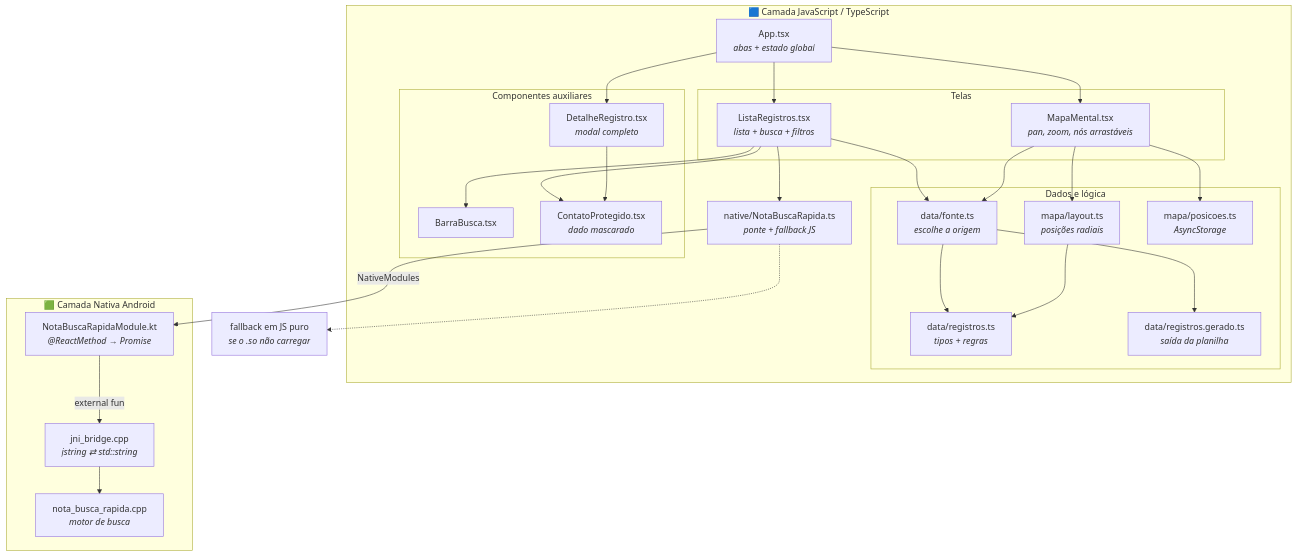
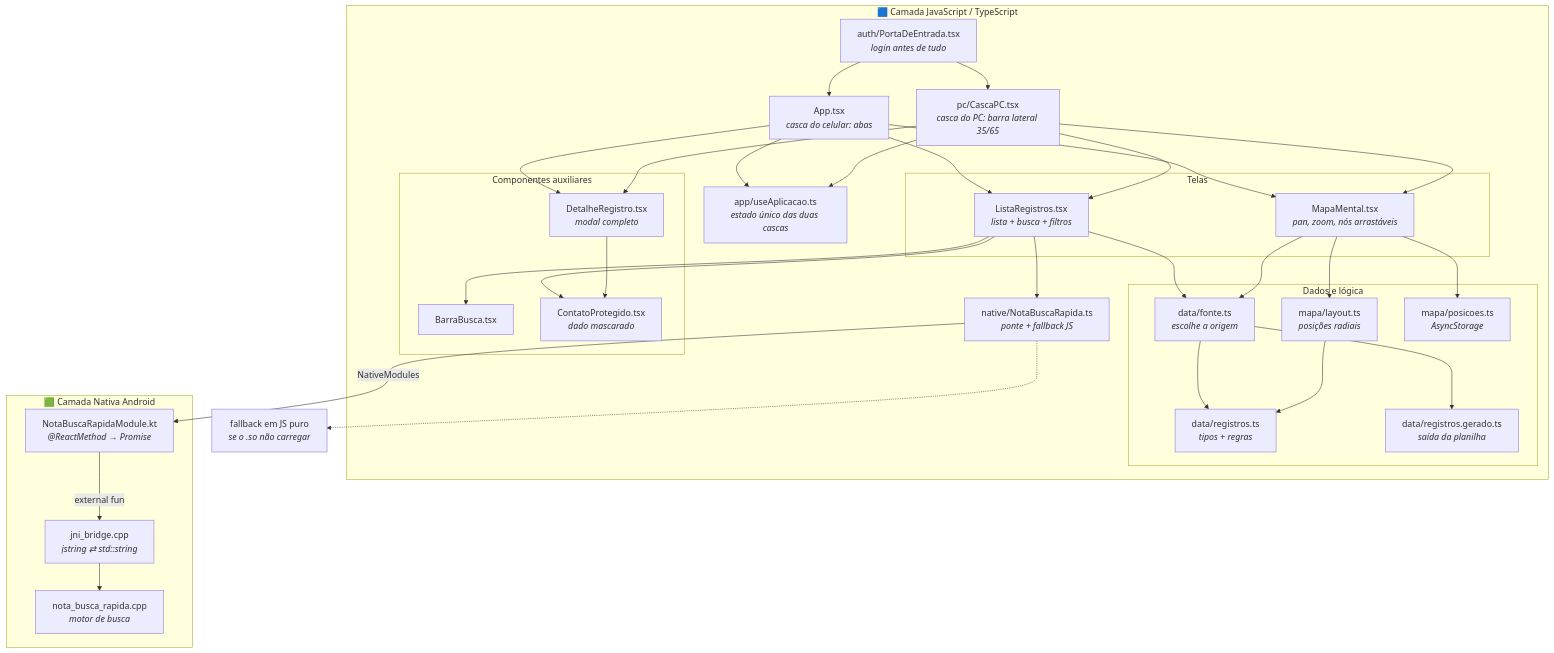
The first of 3 diagrams in README.md (DevFLeo/NotaDASI), drawn with Mermaid before and after one commit. The commit also changed other lines of this file and 49 other files, not shown here.

````diff
--- a/README.md
+++ b/README.md
@@ -15,47 +57,53 @@
 ```mermaid
 flowchart TD
     subgraph JS["🟦 Camada JavaScript / TypeScript"]
-        App["App.tsx<br/><i>abas + estado global</i>"]
+        Porta["auth/PortaDeEntrada.tsx<br/><i>login antes de tudo</i>"]
+        Estado["app/useAplicacao.ts<br/><i>estado único das duas cascas</i>"]
+        App["App.tsx<br/><i>casca do celular: abas</i>"]
+        Casca["pc/CascaPC.tsx<br/><i>casca do PC: barra lateral 35/65</i>"]
 
         subgraph Telas["Telas"]
             Lista["ListaRegistros.tsx<br/><i>lista + busca + filtros</i>"]
             Mapa["MapaMental.tsx<br/><i>pan, zoom, nós arrastáveis</i>"]
         end
 
         subgraph Aux["Componentes auxiliares"]
             Barra["BarraBusca.tsx"]
             Detalhe["DetalheRegistro.tsx<br/><i>modal completo</i>"]
             Contato["ContatoProtegido.tsx<br/><i>dado mascarado</i>"]
         end
 
         subgraph Dados["Dados e lógica"]
             Registros["data/registros.ts<br/><i>tipos + regras</i>"]
             Fonte["data/fonte.ts<br/><i>escolhe a origem</i>"]
             Gerado["data/registros.gerado.ts<br/><i>saída da planilha</i>"]
             Layout["mapa/layout.ts<br/><i>posições radiais</i>"]
             Posicoes["mapa/posicoes.ts<br/><i>AsyncStorage</i>"]
         end
 
         Ponte["native/NotaBuscaRapida.ts<br/><i>ponte + fallback JS</i>"]
     end
 
     subgraph Nativo["🟩 Camada Nativa Android"]
         Modulo["NotaBuscaRapidaModule.kt<br/><i>@ReactMethod → Promise</i>"]
         JNI["jni_bridge.cpp<br/><i>jstring ⇄ std::string</i>"]
         Cpp["nota_busca_rapida.cpp<br/><i>motor de busca</i>"]
     end
 
+    Porta --> App & Casca
+    App & Casca --> Estado
     App --> Lista & Mapa & Detalhe
+    Casca --> Lista & Mapa & Detalhe
     Lista --> Barra & Contato & Ponte
     Mapa --> Layout & Posicoes
     Detalhe --> Contato
     Lista & Mapa --> Fonte
     Fonte --> Registros & Gerado
     Layout --> Registros
     Ponte -->|"NativeModules"| Modulo
     Modulo -->|"external fun"| JNI
     JNI --> Cpp
 
     Fallback["fallback em JS puro<br/><i>se o .so não carregar</i>"]
     Ponte -.-> Fallback
 ```
````
